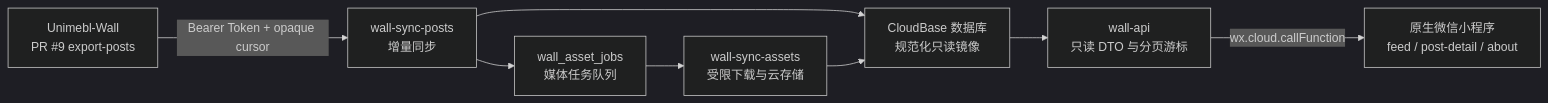
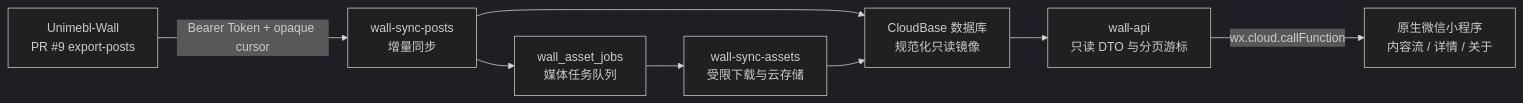
The diagram in README.md (CorCvusRamboChen/UnimelbWall_wechat), drawn with Mermaid (dark theme) before and after one commit. The commit also changed other lines of this file, not shown here.

Commit message:
document project architecture and operations

````diff
--- a/README.md
+++ b/README.md
@@ -64,10 +80,10 @@
 ```mermaid
 flowchart LR
   A["Unimebl-Wall<br/>PR #9 export-posts"] -->|"Bearer Token + opaque cursor"| B["wall-sync-posts<br/>增量同步"]
   B --> C["CloudBase 数据库<br/>规范化只读镜像"]
   B --> D["wall_asset_jobs<br/>媒体任务队列"]
   D --> E["wall-sync-assets<br/>受限下载与云存储"]
   E --> C
   C --> F["wall-api<br/>只读 DTO 与分页游标"]
-  F -->|"wx.cloud.callFunction"| G["原生微信小程序<br/>feed / post-detail / about"]
+  F -->|"wx.cloud.callFunction"| G["原生微信小程序<br/>内容流 / 详情 / 关于"]
 ```
````
